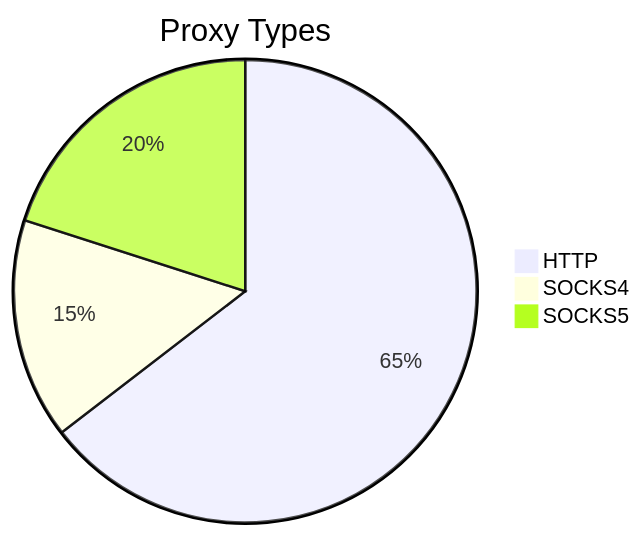
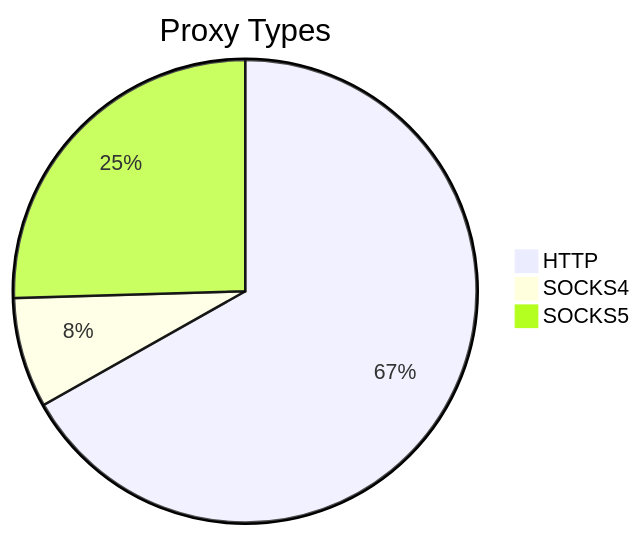
One commit to stormsia/proxy-list changed the first of 2 diagrams in README.md. Above: the diagram before and after it, drawn with Mermaid. The commit also changed other lines of this file, not shown here.

````diff
--- a/README.md
+++ b/README.md
@@ -21,6 +21,6 @@
 ```mermaid
 pie title Proxy Types
-    "HTTP" : 612
-    "SOCKS4" : 146
-    "SOCKS5" : 190
+    "HTTP" : 425
+    "SOCKS4" : 49
+    "SOCKS5" : 162
 ```
````
